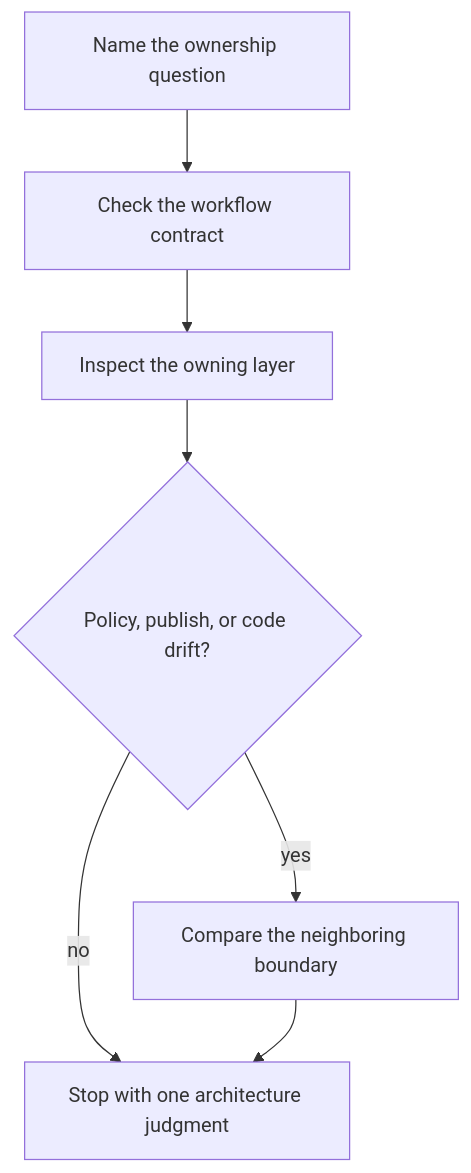
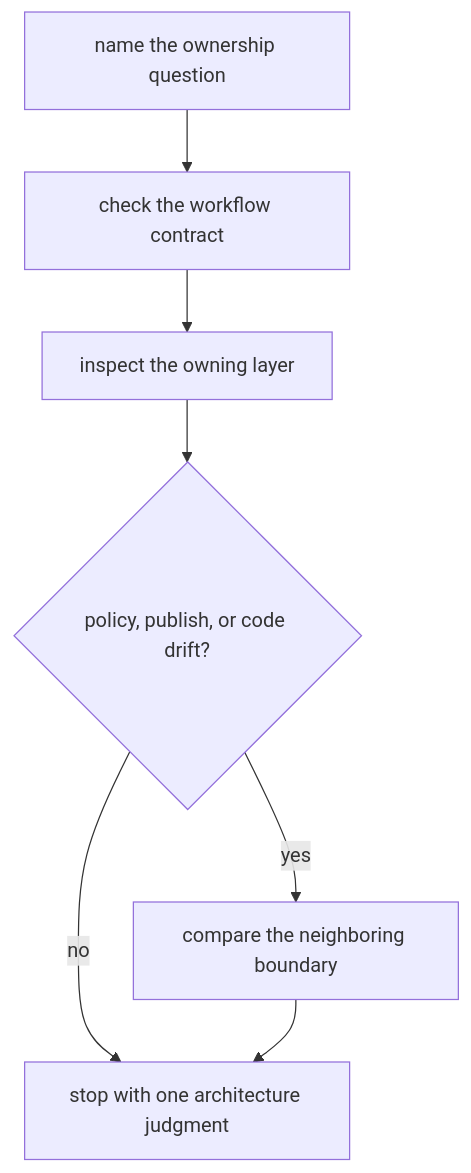
One commit to bijux/bijux-masterclass changed the diagram in programs/reproducible-research/deep-dive-snakemake/course-book/capstone/capstone-architecture-guide.md. Above: the diagram before and after it, drawn with Mermaid. The commit also changed other lines of this file and 1 other file, not shown here.

Commit message:
docs(snakemake): strengthen capstone ownership guides

````diff
--- a/programs/reproducible-research/deep-dive-snakemake/course-book/capstone/capstone-architecture-guide.md
+++ b/programs/reproducible-research/deep-dive-snakemake/course-book/capstone/capstone-architecture-guide.md
@@ -24,9 +38,9 @@
 ```mermaid
 flowchart TD
-  question["Name the ownership question"] --> contract["Check the workflow contract"]
-  contract --> layer["Inspect the owning layer"]
-  layer --> drift{"Policy, publish, or code drift?"}
-  drift -- no --> stop["Stop with one architecture judgment"]
-  drift -- yes --> compare["Compare the neighboring boundary"]
+  question["name the ownership question"] --> contract["check the workflow contract"]
+  contract --> layer["inspect the owning layer"]
+  layer --> drift{"policy, publish, or code drift?"}
+  drift -- no --> stop["stop with one architecture judgment"]
+  drift -- yes --> compare["compare the neighboring boundary"]
   compare --> stop
 ```
````
